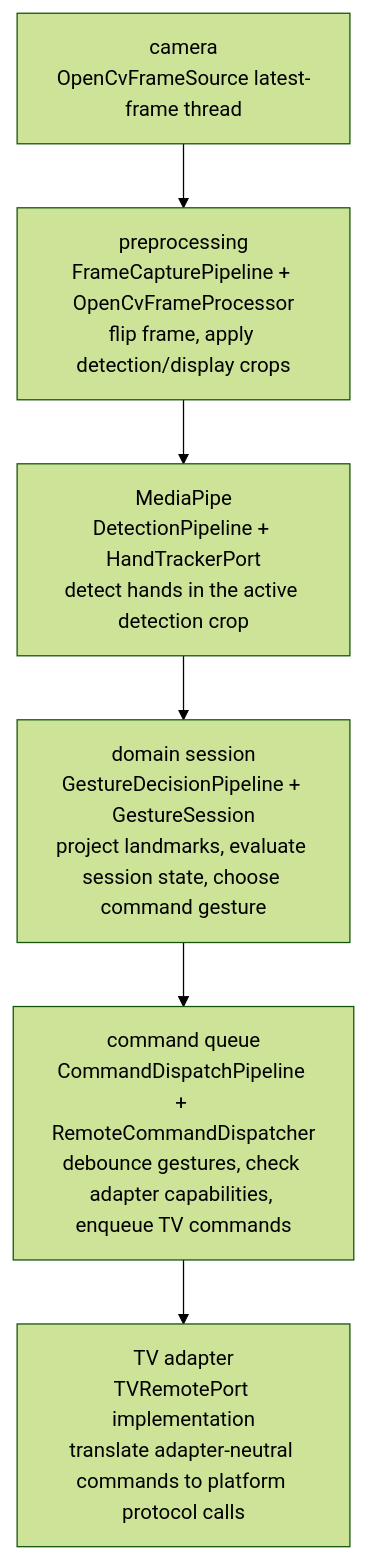
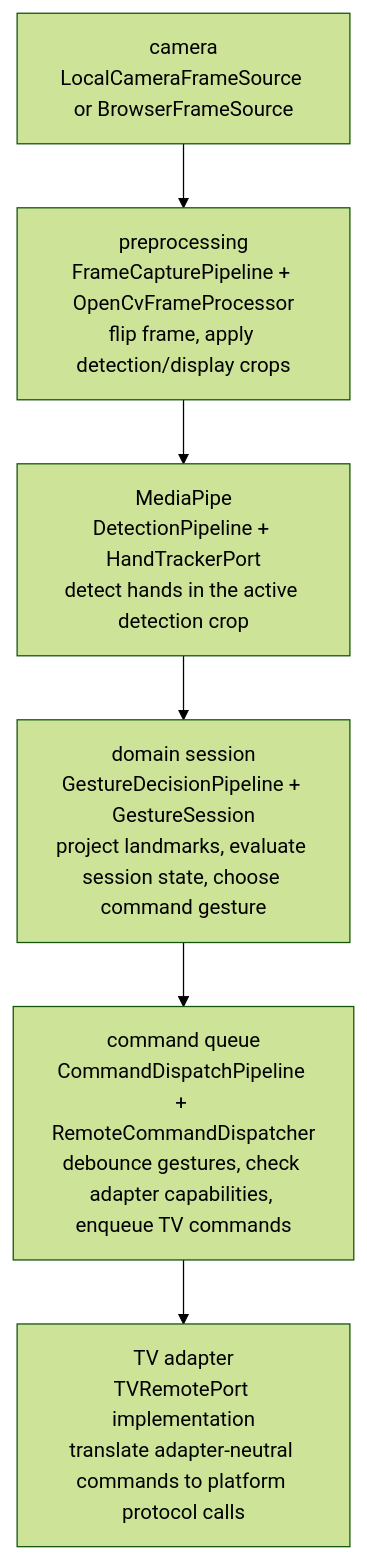
Before and after one commit to alexhovy/gesture-tv-remote: the diagram in docs/runtime-pipeline.md, drawn with Mermaid (forest theme). The commit also changed other lines of this file and 47 other files, not shown here.

````diff
--- a/docs/runtime-pipeline.md
+++ b/docs/runtime-pipeline.md
@@ -18,11 +20,11 @@
 ```mermaid
 flowchart TD
-    Camera["camera<br/>OpenCvFrameSource latest-frame thread"]
+    Camera["camera<br/>LocalCameraFrameSource or BrowserFrameSource"]
     Preprocessing["preprocessing<br/>FrameCapturePipeline + OpenCvFrameProcessor<br/>flip frame, apply detection/display crops"]
     MediaPipe["MediaPipe<br/>DetectionPipeline + HandTrackerPort<br/>detect hands in the active detection crop"]
     DomainSession["domain session<br/>GestureDecisionPipeline + GestureSession<br/>project landmarks, evaluate session state, choose command gesture"]
     CommandQueue["command queue<br/>CommandDispatchPipeline + RemoteCommandDispatcher<br/>debounce gestures, check adapter capabilities, enqueue TV commands"]
     TvAdapter["TV adapter<br/>TVRemotePort implementation<br/>translate adapter-neutral commands to platform protocol calls"]
 
     Camera --> Preprocessing --> MediaPipe --> DomainSession --> CommandQueue --> TvAdapter
 ```
````
